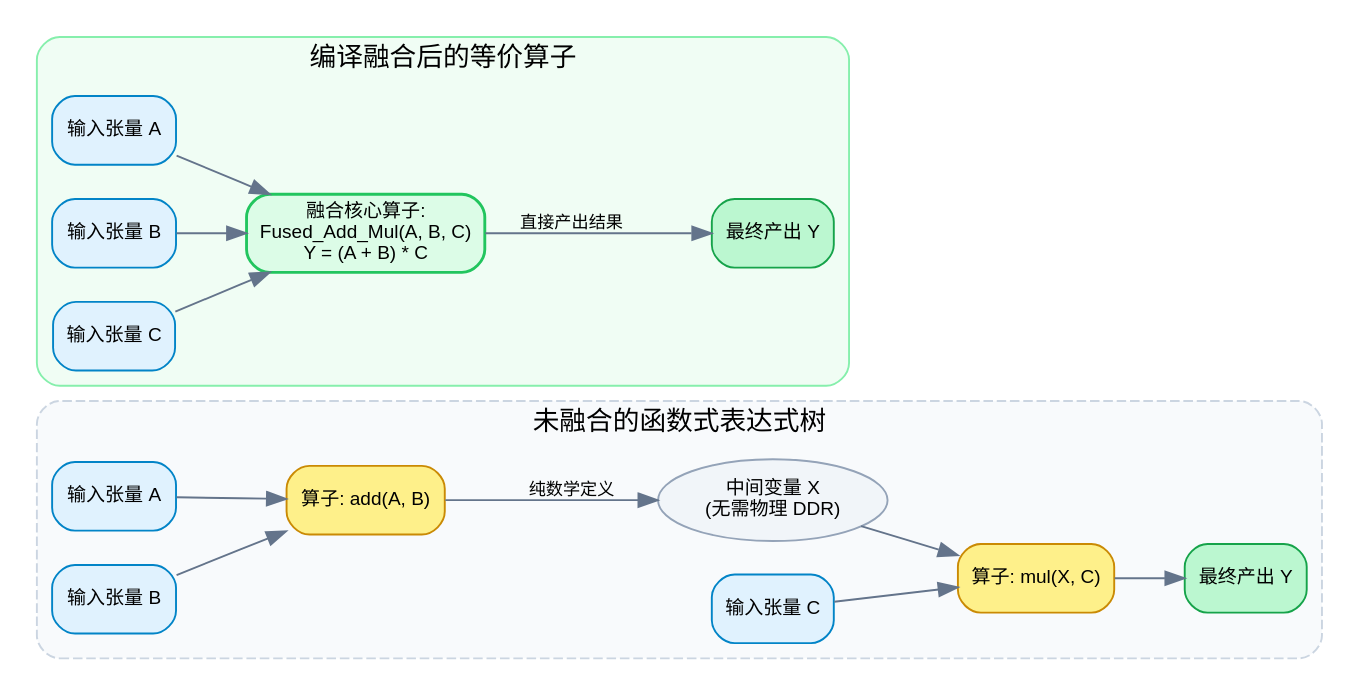
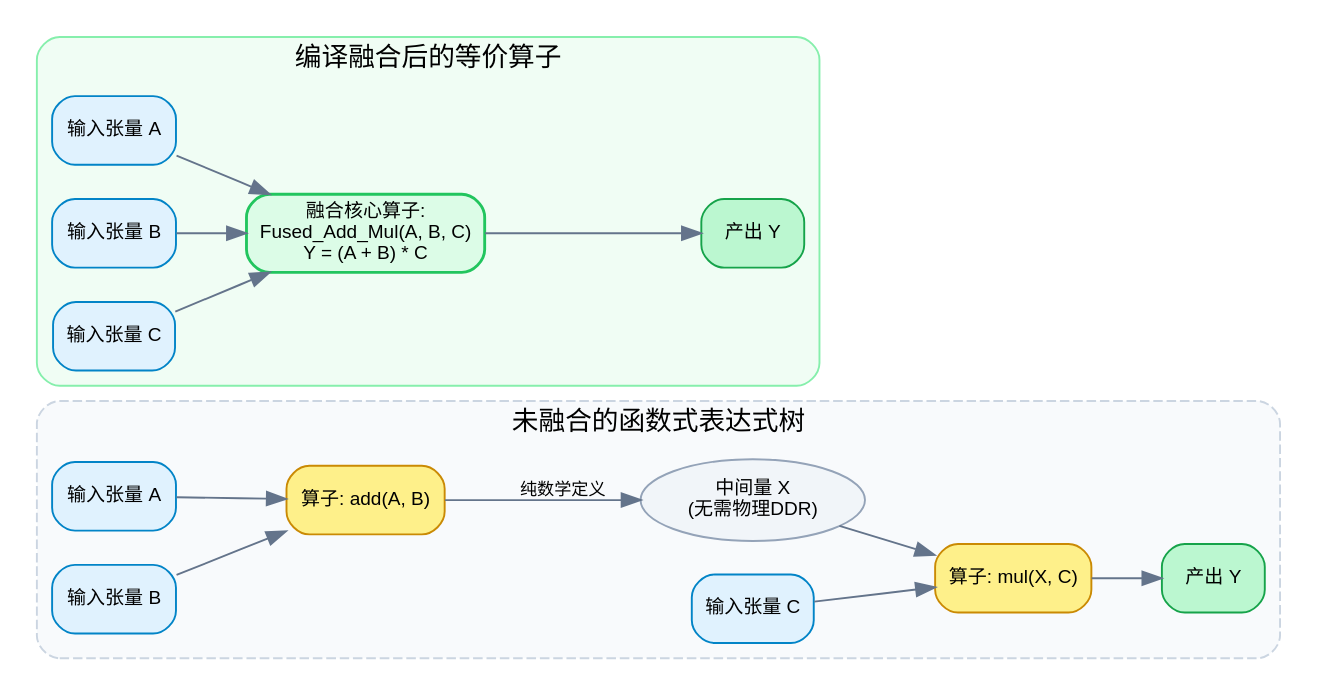
The third of 8 diagrams in src/content/posts/dsl-design-paradigms-streaming-pipeline-and-hardware-execution-guide.md (hqu-little-boy/blog), drawn with Graphviz before and after one commit. The commit also changed other lines of this file, not shown here.

````diff
--- a/src/content/posts/dsl-design-paradigms-streaming-pipeline-and-hardware-execution-guide.md
+++ b/src/content/posts/dsl-design-paradigms-streaming-pipeline-and-hardware-execution-guide.md
@@ -214,49 +373,43 @@
 ```graphviz
 digraph Functional_Fusion {
     rankdir=LR;
     node [shape=box, style="rounded,filled", fontname="Google Sans,sans-serif", fontsize=10];
     edge [fontname="Google Sans,sans-serif", fontsize=9, color="#64748b"];
 
     subgraph cluster_before {
         label="未融合的函数式表达式树";
         style="dashed,rounded";
         bgcolor="#f8fafc";
         color="#cbd5e1";
 
         A1 [label="输入张量 A", fillcolor="#e0f2fe", color="#0284c7"];
         B1 [label="输入张量 B", fillcolor="#e0f2fe", color="#0284c7"];
         C1 [label="输入张量 C", fillcolor="#e0f2fe", color="#0284c7"];
-        
         OP_ADD [label="算子: add(A, B)", fillcolor="#fef08a", color="#ca8a04"];
-        X_tmp  [label="中间变量 X\n(无需物理 DDR)", shape=ellipse, fillcolor="#f1f5f9", color="#94a3b8"];
+        X_tmp  [label="中间量 X\n(无需物理DDR)", shape=ellipse, fillcolor="#f1f5f9", color="#94a3b8"];
         OP_MUL [label="算子: mul(X, C)", fillcolor="#fef08a", color="#ca8a04"];
-        Y1     [label="最终产出 Y", fillcolor="#bbf7d0", color="#16a34a"];
+        Y1     [label="产出 Y", fillcolor="#bbf7d0", color="#16a34a"];
 
-        A1 -> OP_ADD;
-        B1 -> OP_ADD;
+        A1 -> OP_ADD; B1 -> OP_ADD;
         OP_ADD -> X_tmp [label="纯数学定义"];
-        X_tmp -> OP_MUL;
-        C1 -> OP_MUL;
+        X_tmp -> OP_MUL; C1 -> OP_MUL;
         OP_MUL -> Y1;
     }
 
     subgraph cluster_after {
         label="编译融合后的等价算子";
         style="solid,rounded";
         bgcolor="#f0fdf4";
         color="#86efac";
 
         A2 [label="输入张量 A", fillcolor="#e0f2fe", color="#0284c7"];
         B2 [label="输入张量 B", fillcolor="#e0f2fe", color="#0284c7"];
         C2 [label="输入张量 C", fillcolor="#e0f2fe", color="#0284c7"];
-        
         OP_FUSED [label="融合核心算子:\nFused_Add_Mul(A, B, C)\nY = (A + B) * C", fillcolor="#dcfce7", color="#22c55e", penwidth=1.5];
-        Y2       [label="最终产出 Y", fillcolor="#bbf7d0", color="#16a34a"];
+        Y2       [label="产出 Y", fillcolor="#bbf7d0", color="#16a34a"];
 
-        A2 -> OP_FUSED;
-        B2 -> OP_FUSED;
-        C2 -> OP_FUSED;
-        OP_FUSED -> Y2 [label="直接产出结果"];
+        A2 -> OP_FUSED; B2 -> OP_FUSED; C2 -> OP_FUSED;
+        OP_FUSED -> Y2;
     }
 }
 ```
````
